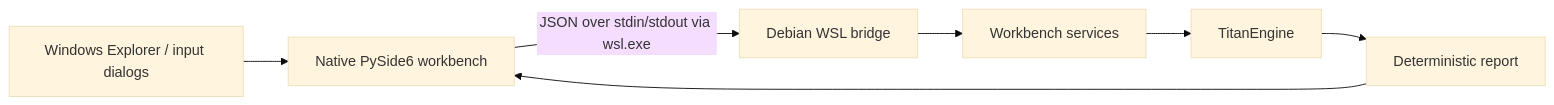
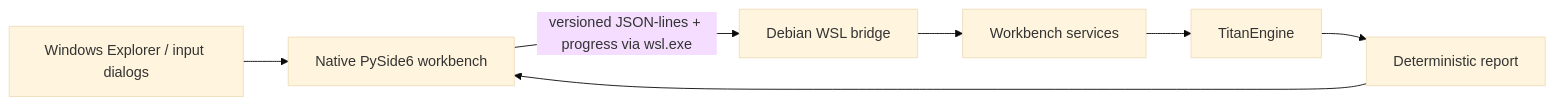
One commit to launchfailure/titan1 changed the second of 2 diagrams in docs/ARCHITECTURE.md. Above: the diagram before and after it, drawn with Mermaid (base theme). The commit also changed other lines of this file and 60 other files, not shown here.

````diff
--- a/docs/ARCHITECTURE.md
+++ b/docs/ARCHITECTURE.md
@@ -67,9 +67,9 @@
 ```mermaid
 flowchart LR
     Explorer["Windows Explorer / input dialogs"] --> Qt["Native PySide6 workbench"]
-    Qt -->|"JSON over stdin/stdout via wsl.exe"| Bridge["Debian WSL bridge"]
+    Qt -->|"versioned JSON-lines + progress via wsl.exe"| Bridge["Debian WSL bridge"]
     Bridge --> Services["Workbench services"]
     Services --> Engine["TitanEngine"]
     Engine --> Report["Deterministic report"]
     Report --> Qt
 ```
````
